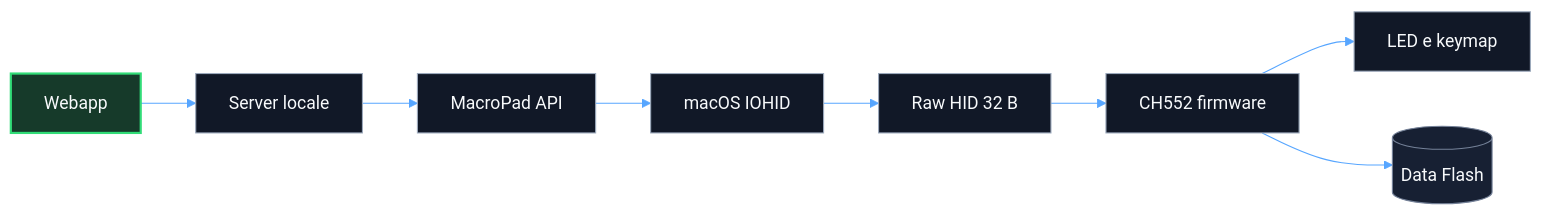
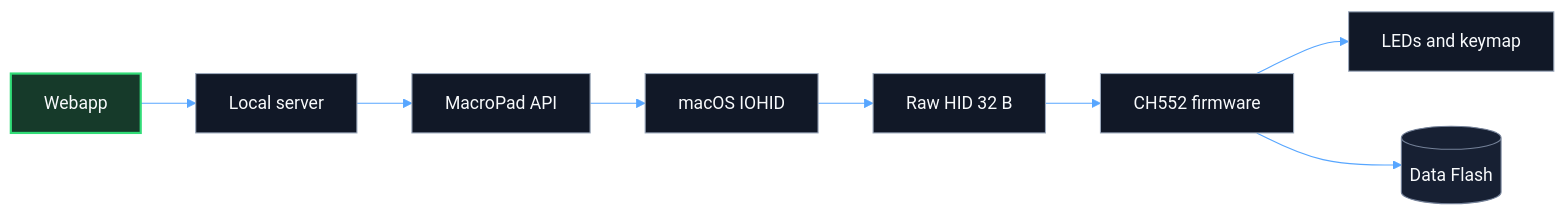
One commit to iamvaleriofantozzi/Tastierino changed the first of 5 diagrams in docs/schemi/README.md. Above: the diagram before and after it, drawn with Mermaid. The commit also changed other lines of this file and 21 other files, not shown here.

````diff
--- a/docs/schemi/README.md
+++ b/docs/schemi/README.md
@@ -5,18 +5,18 @@
 ```mermaid
 %%{init: {"theme":"base","themeVariables":{"primaryColor":"#111827","primaryTextColor":"#f8fafc","primaryBorderColor":"#9ca9bc","lineColor":"#9ca9bc","secondaryColor":"#0a0f1c","tertiaryColor":"#163a2a","fontFamily":"-apple-system, BlinkMacSystemFont, Segoe UI, Helvetica, Arial, sans-serif"}}}%%
 flowchart LR
-    UI["Webapp"] --> HTTP["Server locale"]
+    UI["Webapp"] --> HTTP["Local server"]
     HTTP --> API["MacroPad API"]
     API --> IO["macOS IOHID"]
     IO --> RAW["Raw HID 32 B"]
     RAW --> FW["CH552 firmware"]
-    FW --> OUT["LED e keymap"]
+    FW --> OUT["LEDs and keymap"]
     FW --> MEM[("Data Flash")]
     classDef focal fill:#163a2a,stroke:#31dc77,color:#f8fafc,stroke-width:2px
     classDef backend fill:#111827,stroke:#9ca9bc,color:#f8fafc
     classDef store fill:#172033,stroke:#748198,color:#f8fafc
     class UI focal
     class HTTP,API,IO,RAW,FW,OUT backend
     class MEM store
     linkStyle default stroke:#57a6ff,color:#57a6ff
 ```
````
